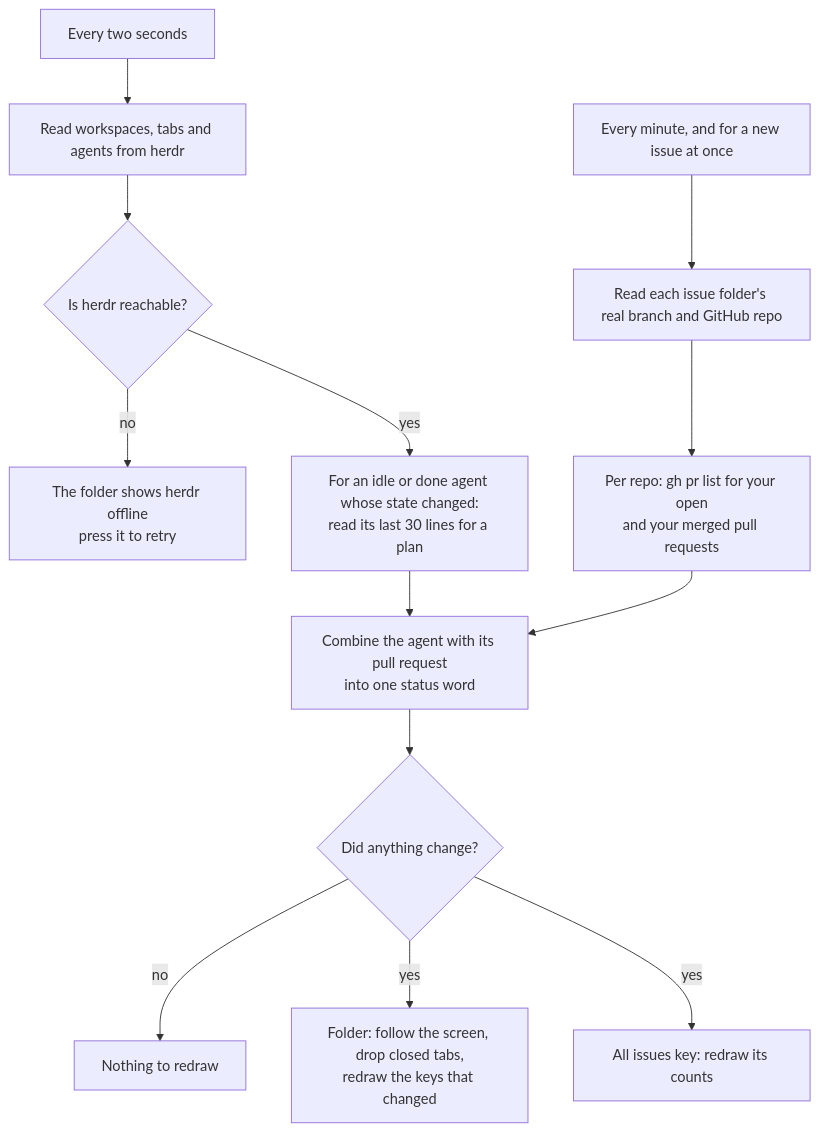
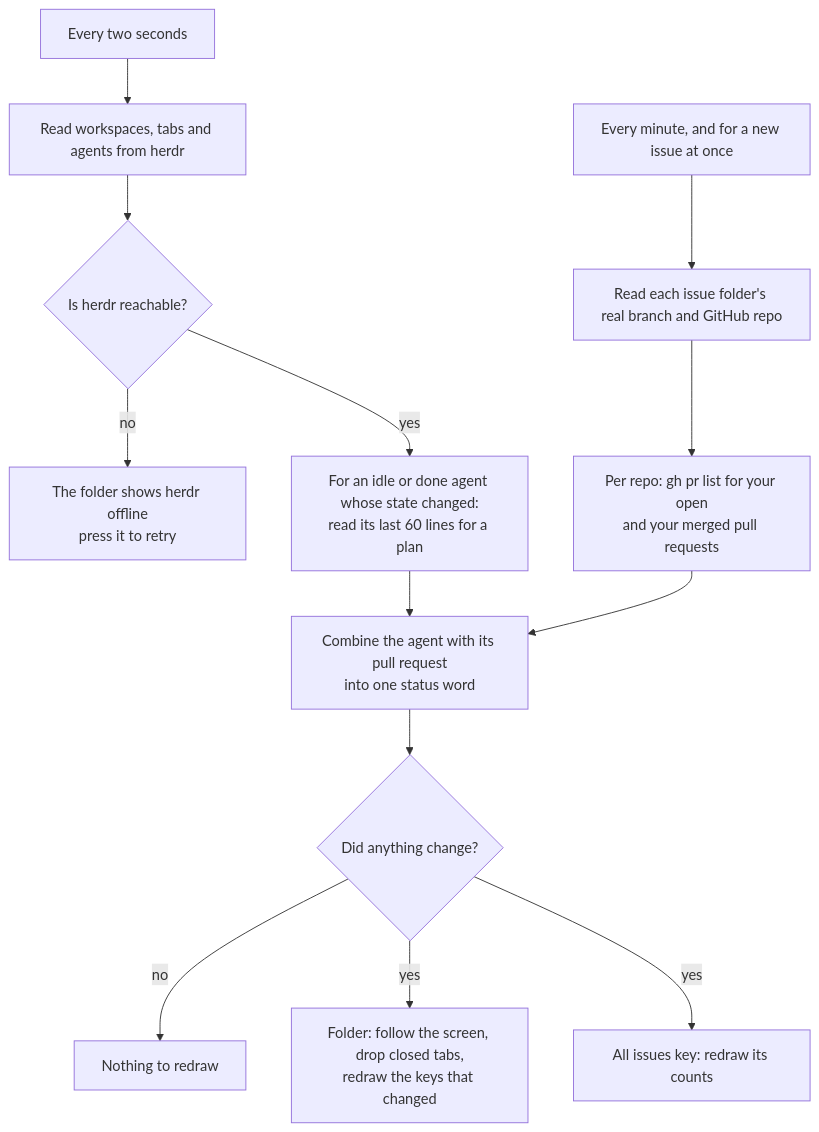
The sixth of 6 diagrams in docs/flows.md (PieterLuypaert/helm), drawn with Mermaid before and after one commit. The commit also changed other lines of this file, not shown here.

Commit message:
docs: go on quiet issues and the 60 lines read for a plan

````diff
--- a/docs/flows.md
+++ b/docs/flows.md
@@ -182,15 +182,15 @@
 ```mermaid
 flowchart TD
     tick["Every two seconds"] --> read["Read workspaces, tabs and agents from herdr"]
     read --> reachable{"Is herdr reachable?"}
     reachable -->|no| offline["The folder shows herdr offline<br/>press it to retry"]
-    reachable -->|yes| plan["For an idle or done agent whose state changed:<br/>read its last 30 lines for a plan"]
+    reachable -->|yes| plan["For an idle or done agent whose state changed:<br/>read its last 60 lines for a plan"]
     plan --> status["Combine the agent with its pull request<br/>into one status word"]
     status --> changed{"Did anything change?"}
     changed -->|no| quiet["Nothing to redraw"]
     changed -->|yes| folder["Folder: follow the screen, drop closed tabs,<br/>redraw the keys that changed"]
     changed -->|yes| allKey["All issues key: redraw its counts"]
     minute["Every minute, and for a new issue at once"] --> branch["Read each issue folder's real branch and GitHub repo"]
     branch --> gh["Per repo: gh pr list for your open<br/>and your merged pull requests"]
     gh --> status
 ```
````
